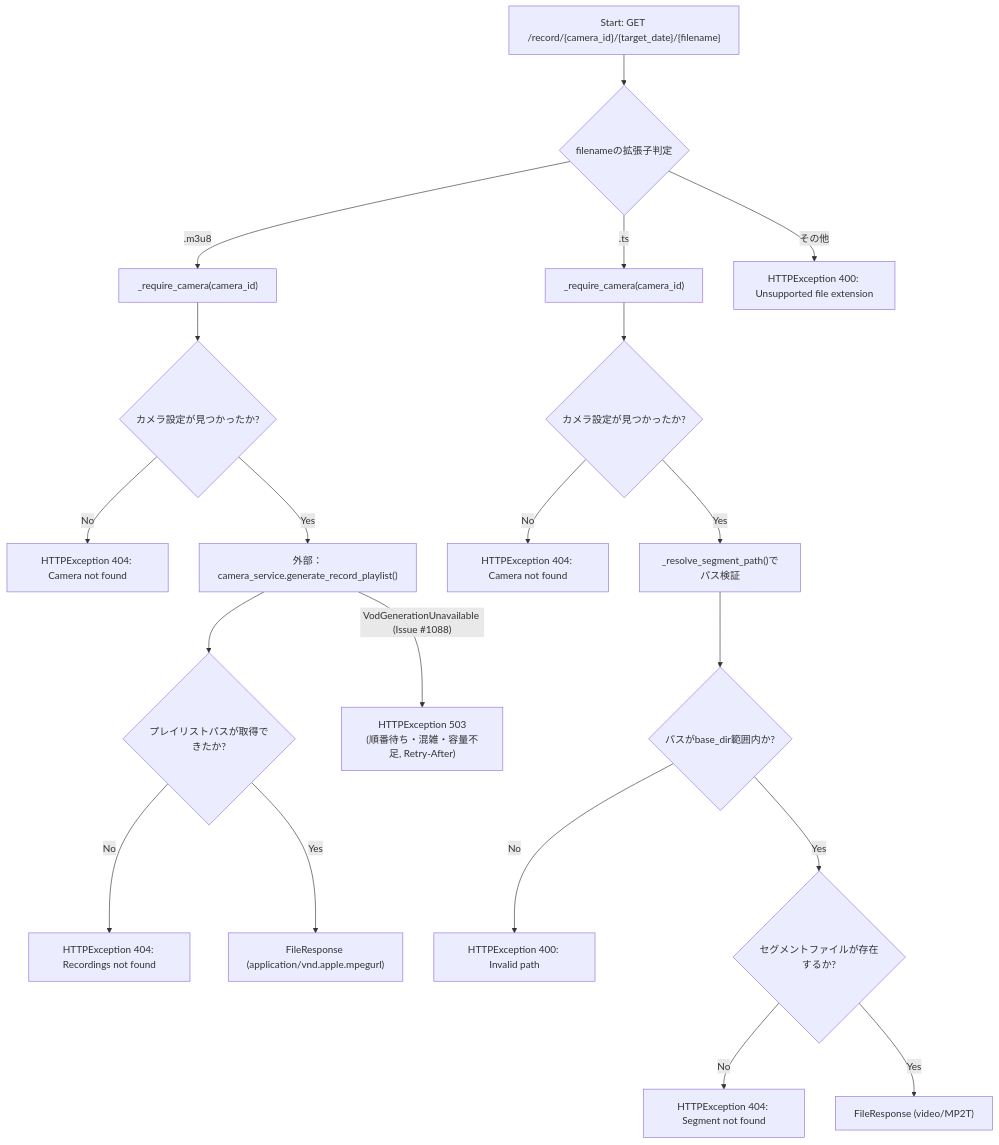
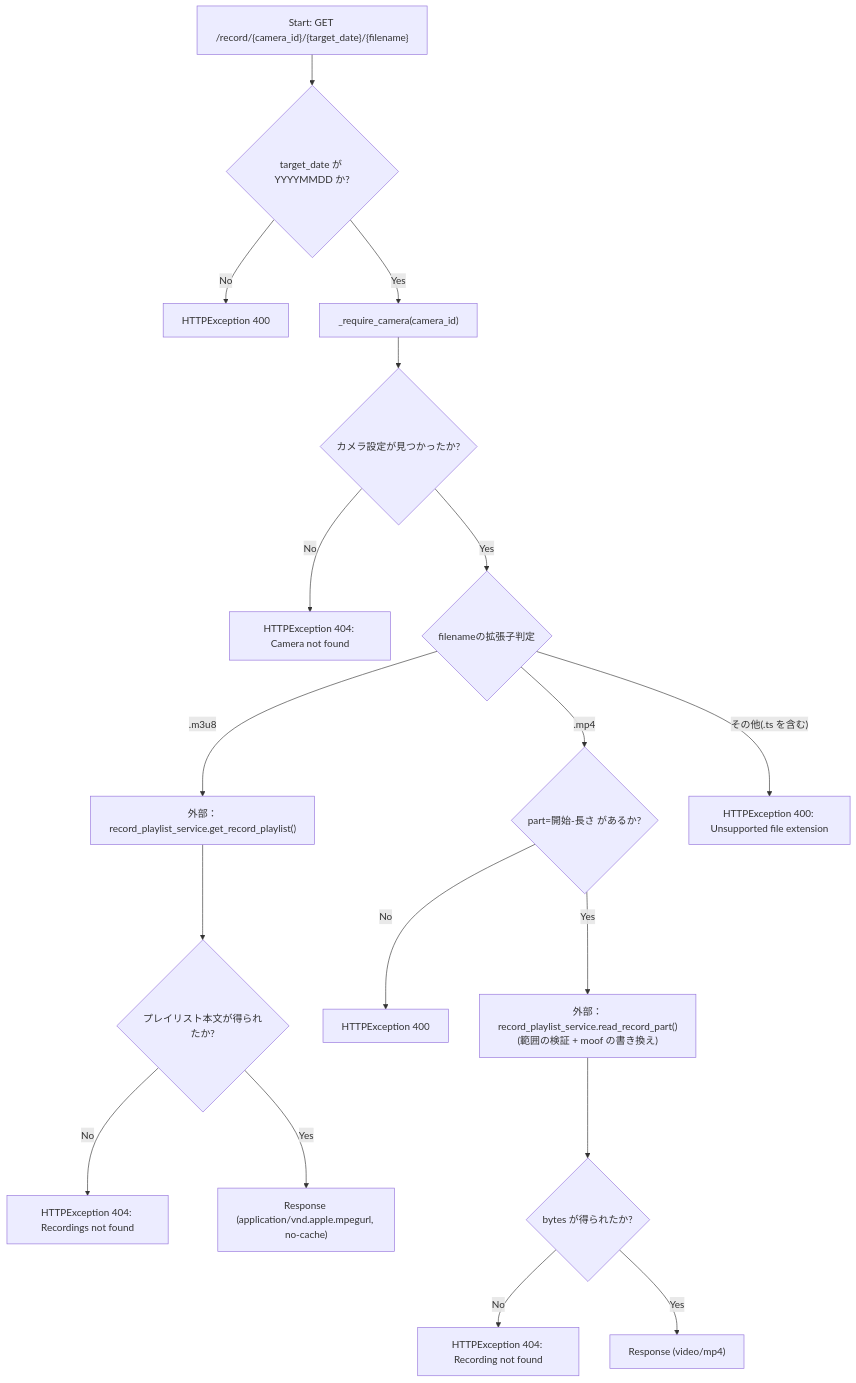
One commit to mmtigers/my_python_project changed the first of 2 diagrams in docs/specifications/MY_HOME_SYSTEM/camera_router.md. Above: the diagram before and after it, drawn with Mermaid. The commit also changed other lines of this file and 25 other files, not shown here.

````diff
--- a/docs/specifications/MY_HOME_SYSTEM/camera_router.md
+++ b/docs/specifications/MY_HOME_SYSTEM/camera_router.md
@@ -257,25 +218,23 @@
 ```mermaid
 flowchart TD
-    Start["Start: GET /record/{camera_id}/{target_date}/{filename}"] --> ExtCheck{"filenameの拡張子判定"}
+    Start["Start: GET /record/{camera_id}/{target_date}/{filename}"] --> DateCheck{"target_date が YYYYMMDD か?"}
+    DateCheck -- No --> Err400d["HTTPException 400"]
+    DateCheck -- Yes --> ReqCam["_require_camera(camera_id)"]
+    ReqCam --> CamFound{"カメラ設定が見つかったか?"}
+    CamFound -- No --> Err404a["HTTPException 404: Camera not found"]
+    CamFound -- Yes --> ExtCheck{"filenameの拡張子判定"}
 
-    ExtCheck -- ".m3u8" --> ReqCam1["_require_camera(camera_id)"]
-    ReqCam1 --> CamFound1{"カメラ設定が見つかったか?"}
-    CamFound1 -- No --> Err404a["HTTPException 404: Camera not found"]
-    CamFound1 -- Yes --> GenPlaylist["外部：camera_service.generate_record_playlist()"]
-    GenPlaylist --> PlaylistOk{"プレイリストパスが取得できたか?"}
-    GenPlaylist -- "VodGenerationUnavailable (Issue #1088)" --> Err503["HTTPException 503<br>(順番待ち・混雑・容量不足, Retry-After)"]
+    ExtCheck -- ".m3u8" --> GenPlaylist["外部：record_playlist_service.get_record_playlist()"]
+    GenPlaylist --> PlaylistOk{"プレイリスト本文が得られたか?"}
     PlaylistOk -- No --> Err404b["HTTPException 404: Recordings not found"]
-    PlaylistOk -- Yes --> RespM3u8["FileResponse (application/vnd.apple.mpegurl)"]
+    PlaylistOk -- Yes --> RespM3u8["Response (application/vnd.apple.mpegurl, no-cache)"]
 
-    ExtCheck -- ".ts" --> ReqCam2["_require_camera(camera_id)"]
-    ReqCam2 --> CamFound2{"カメラ設定が見つかったか?"}
-    CamFound2 -- No --> Err404c["HTTPException 404: Camera not found"]
-    CamFound2 -- Yes --> ResolvePath["_resolve_segment_path()でパス検証"]
-    ResolvePath --> PathValid{"パスがbase_dir範囲内か?"}
-    PathValid -- No --> Err400["HTTPException 400: Invalid path"]
-    PathValid -- Yes --> FileExists{"セグメントファイルが存在するか?"}
-    FileExists -- No --> Err404d["HTTPException 404: Segment not found"]
-    FileExists -- Yes --> RespTs["FileResponse (video/MP2T)"]
+    ExtCheck -- ".mp4" --> PartCheck{"part=開始-長さ があるか?"}
+    PartCheck -- No --> Err400p["HTTPException 400"]
+    PartCheck -- Yes --> ReadPart["外部：record_playlist_service.read_record_part()<br>(範囲の検証 + moof の書き換え)"]
+    ReadPart --> PartOk{"bytes が得られたか?"}
+    PartOk -- No --> Err404c["HTTPException 404: Recording not found"]
+    PartOk -- Yes --> RespMp4["Response (video/mp4)"]
 
-    ExtCheck -- "その他" --> Err400b["HTTPException 400: Unsupported file extension"]
+    ExtCheck -- "その他(.ts を含む)" --> Err400b["HTTPException 400: Unsupported file extension"]
 ```
````
